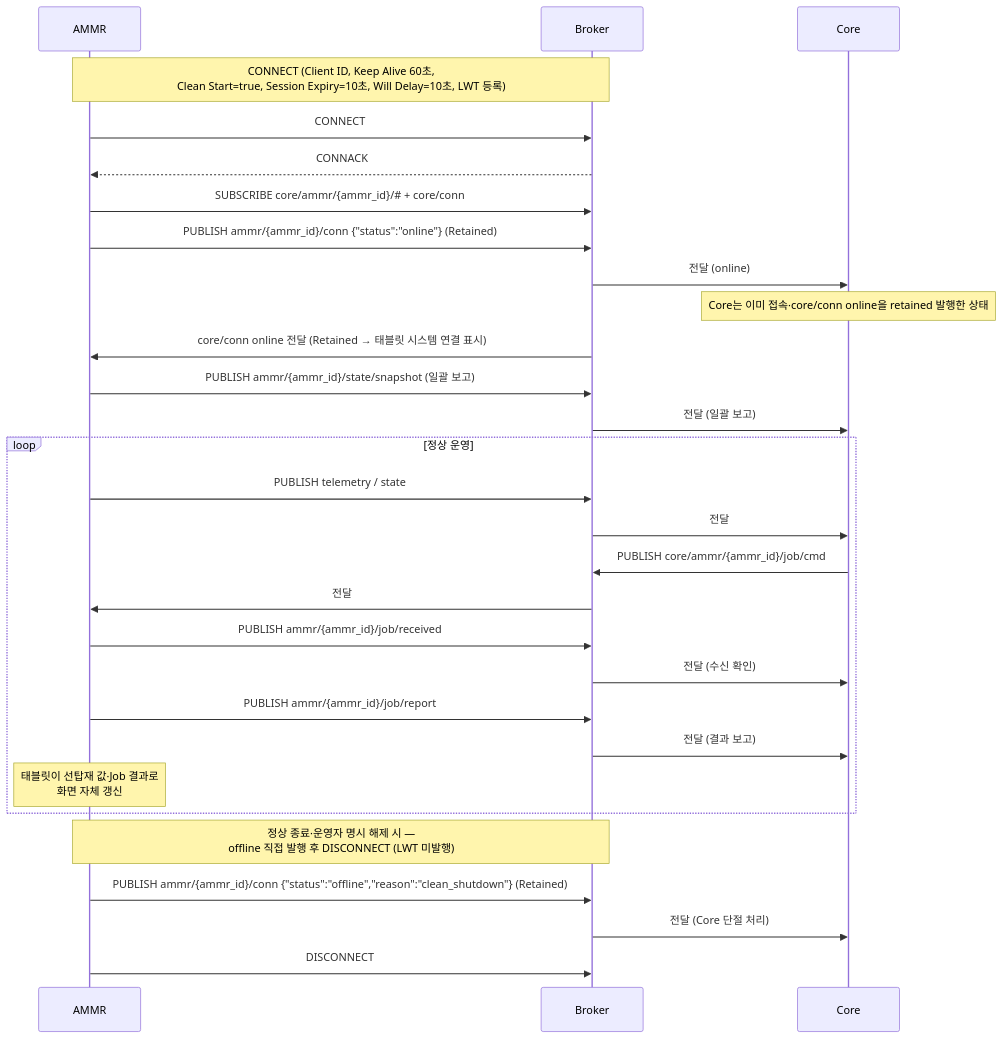
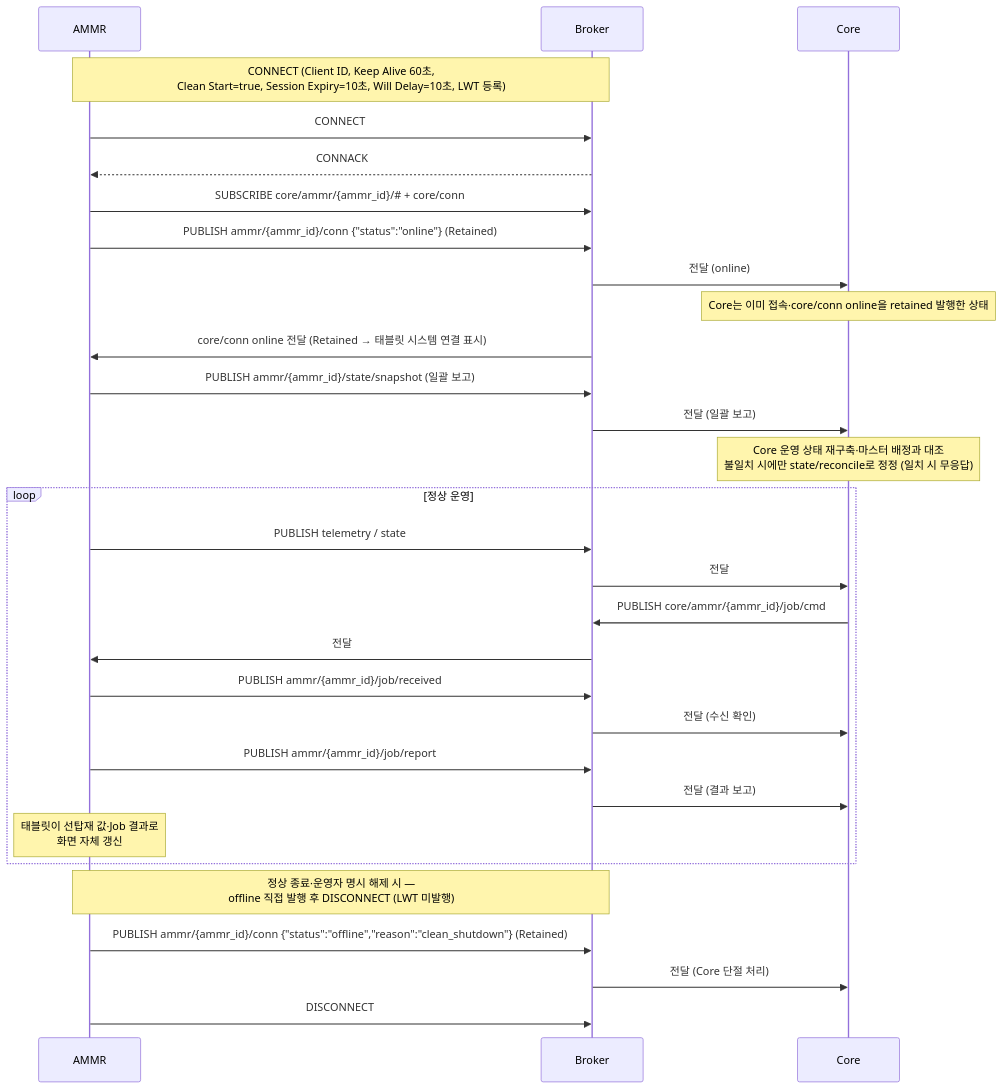
One commit to kimminsu0315/Core-Docs changed the third of 13 diagrams in docs/out/Core_ICD_AMMR.md. Above: the diagram before and after it, drawn with Mermaid. The commit also changed other lines of this file and 14 other files, not shown here.

````diff
--- a/docs/out/Core_ICD_AMMR.md
+++ b/docs/out/Core_ICD_AMMR.md
@@ -242,34 +242,35 @@
 ```mermaid
 sequenceDiagram
     participant A as AMMR
     participant B as Broker
     participant C as Core
 
     Note over A,B: CONNECT (Client ID, Keep Alive 60초,<br/>Clean Start=true, Session Expiry=10초, Will Delay=10초, LWT 등록)
     A->>B: CONNECT
     B-->>A: CONNACK
     A->>B: SUBSCRIBE core/ammr/{ammr_id}/#35; + core/conn
     A->>B: PUBLISH ammr/{ammr_id}/conn {"status":"online"} (Retained)
     B->>C: 전달 (online)
     Note over C: Core는 이미 접속·core/conn online을 retained 발행한 상태
     B->>A: core/conn online 전달 (Retained → 태블릿 시스템 연결 표시)
     A->>B: PUBLISH ammr/{ammr_id}/state/snapshot (일괄 보고)
     B->>C: 전달 (일괄 보고)
+    Note over C: Core 운영 상태 재구축·마스터 배정과 대조<br/>불일치 시에만 state/reconcile로 정정 (일치 시 무응답)
 
     loop 정상 운영
         A->>B: PUBLISH telemetry / state
         B->>C: 전달
         C->>B: PUBLISH core/ammr/{ammr_id}/job/cmd
         B->>A: 전달
         A->>B: PUBLISH ammr/{ammr_id}/job/received
         B->>C: 전달 (수신 확인)
         A->>B: PUBLISH ammr/{ammr_id}/job/report
         B->>C: 전달 (결과 보고)
         Note over A: 태블릿이 선탑재 값·Job 결과로<br/>화면 자체 갱신
     end
 
     Note over A,B: 정상 종료·운영자 명시 해제 시 —<br/>offline 직접 발행 후 DISCONNECT (LWT 미발행)
     A->>B: PUBLISH ammr/{ammr_id}/conn {"status":"offline","reason":"clean_shutdown"} (Retained)
     B->>C: 전달 (Core 단절 처리)
     A->>B: DISCONNECT
 ```
````
